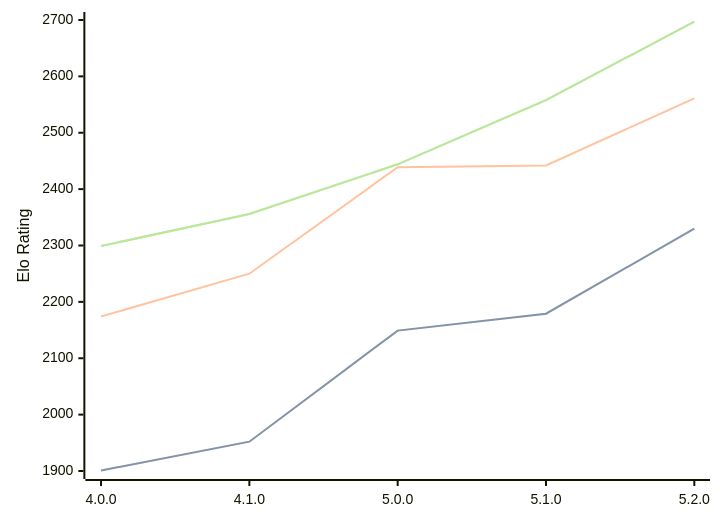
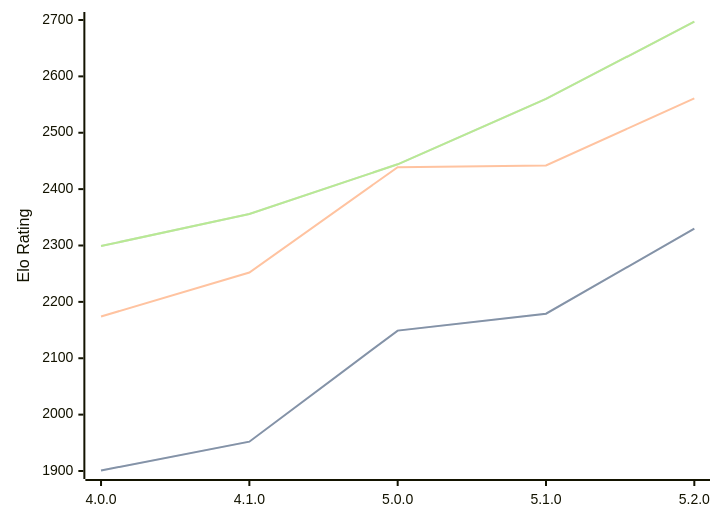
One commit to computer-chess-index/cci changed the third of 3 diagrams in engines/Aconcagua.md. Above: the diagram before and after it, drawn with Mermaid. The commit also changed other lines of this file, not shown here.

Commit message:
Update CCI Ratings (ELO VLTC) - 2026-07-03

````diff
--- a/engines/Aconcagua.md
+++ b/engines/Aconcagua.md
@@ -77,11 +77,11 @@
 ```mermaid
 %%{init: {"theme":"base","themeVariables":{"seriesColors:['#a3a3a3','#222221','#faa371']}}}%%
 xychart-beta
   x-axis ["4.0.0", "4.1.0", "5.0.0", "5.1.0", "5.2.0"]
   y-axis "Elo Rating" 1900 --> 2700
   line "STC (8.0+0.08s)" [1901, 1952, 2149, 2179, 2330]
   line "STC (8.0+0.08s)" [1901, 1952, 2149, 2179, 2330]
-  line "LTC (60.0+0.60s)" [2174, 2250, 2439, 2442, 2561]
-  line "VLTC (2m24s+1.12s)" [2299, 2356, 2444, 2558, 2697]
-  line "VLTC (2m24s+1.12s)" [2299, 2356, 2444, 2558, 2697]
+  line "LTC (60.0+0.60s)" [2174, 2252, 2439, 2442, 2561]
+  line "VLTC (2m24s+1.12s)" [2299, 2356, 2444, 2560, 2697]
+  line "VLTC (2m24s+1.12s)" [2299, 2356, 2444, 2560, 2697]
 ```
````
